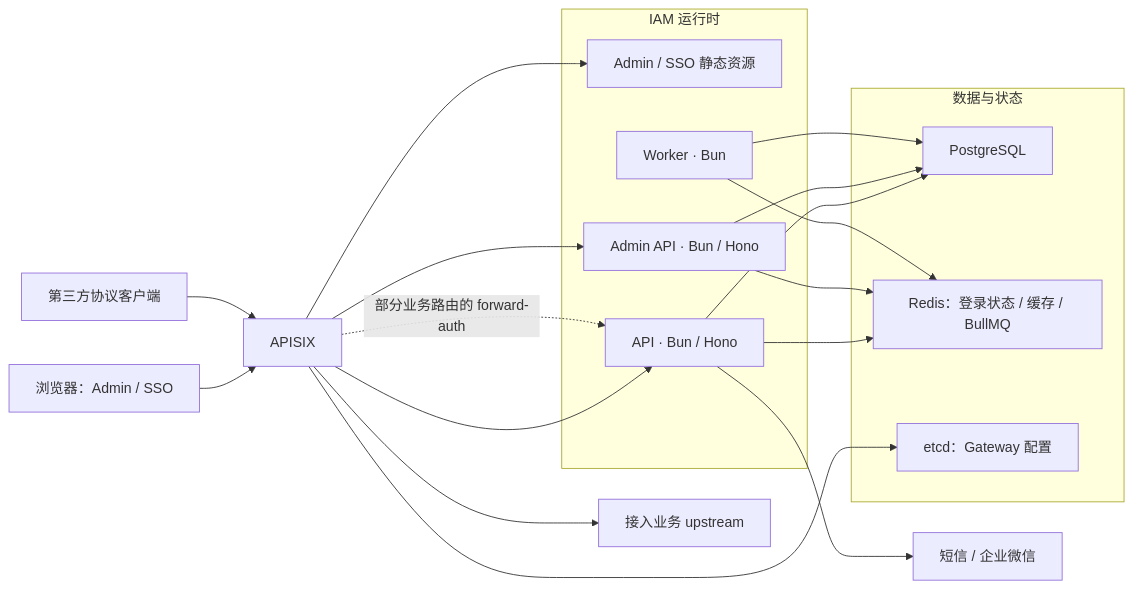
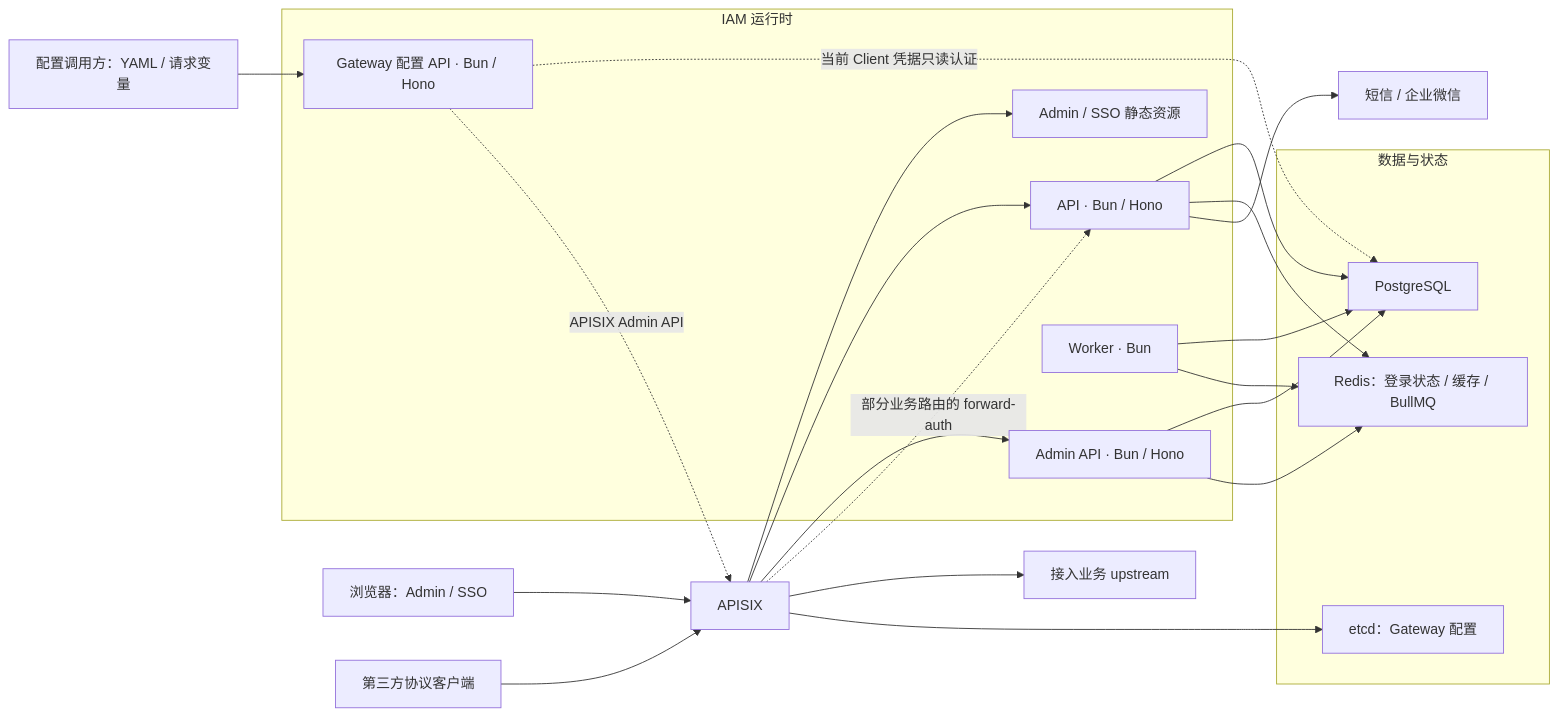
One commit to cyy1998/shgas-iam changed the diagram in docs/architecture/system-architecture.md. Above: the diagram before and after it, drawn with Mermaid. The commit also changed other lines of this file and 144 other files, not shown here.

First line of the commit message:
feat(gateway): publish configurations through an authenticated API (#253)

````diff
--- a/docs/architecture/system-architecture.md
+++ b/docs/architecture/system-architecture.md
@@ -19,32 +19,36 @@
 ```mermaid
 flowchart LR
   browser["浏览器：Admin / SSO"] --> gateway["APISIX"]
   client["第三方协议客户端"] --> gateway
 
   subgraph iam["IAM 运行时"]
     web["Admin / SSO 静态资源"]
     api["API · Bun / Hono"]
     admin["Admin API · Bun / Hono"]
     worker["Worker · Bun"]
+    gatewayApi["Gateway 配置 API · Bun / Hono"]
   end
 
   subgraph storage["数据与状态"]
     pg["PostgreSQL"]
     redis["Redis：登录状态 / 缓存 / BullMQ"]
     etcd["etcd：Gateway 配置"]
   end
 
   gateway --> web
   gateway --> api
   gateway --> admin
   gateway --> business["接入业务 upstream"]
   gateway -. "部分业务路由的 forward-auth" .-> api
   gateway --> etcd
+  publisher["配置调用方：YAML / 请求变量"] --> gatewayApi
+  gatewayApi -. "当前 Client 凭据只读认证" .-> pg
+  gatewayApi -. "APISIX Admin API" .-> gateway
   api --> pg
   admin --> pg
   worker --> pg
   api --> redis
   admin --> redis
   worker --> redis
   api --> integrations["短信 / 企业微信"]
 ```
````
